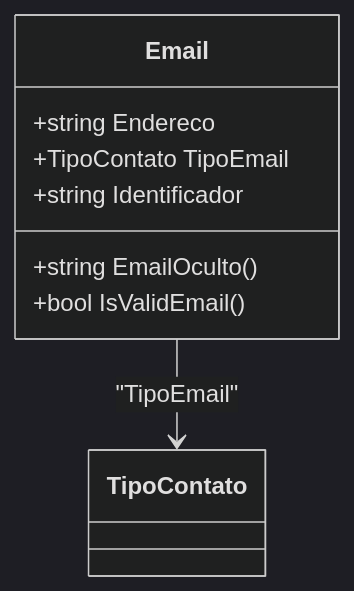
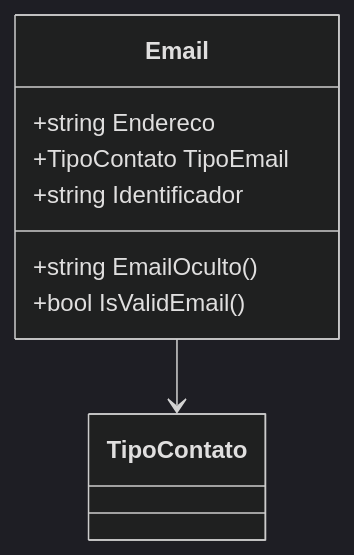
The second of 2 diagrams in docs/b2b-dominio/IsthmusWinthor.Nucleo/IsthmusWinthor.Dominio/POCO/Shared/Email.md (IsthmusSistemas/documentacao-tecnica), drawn with Mermaid (dark theme) before and after one commit. The commit also changed other lines of this file and 882 other files, not shown here.

````diff
--- a/docs/b2b-dominio/IsthmusWinthor.Nucleo/IsthmusWinthor.Dominio/POCO/Shared/Email.md
+++ b/docs/b2b-dominio/IsthmusWinthor.Nucleo/IsthmusWinthor.Dominio/POCO/Shared/Email.md
@@ -48,13 +47,11 @@
 ```mermaid
 classDiagram
     class Email {
         +string Endereco
         +TipoContato TipoEmail
         +string Identificador
         +string EmailOculto()
         +bool IsValidEmail()
     }
-    class TipoContato
-    
-    Email --> TipoContato : "TipoEmail"
+    Email --> TipoContato
 ```
````
